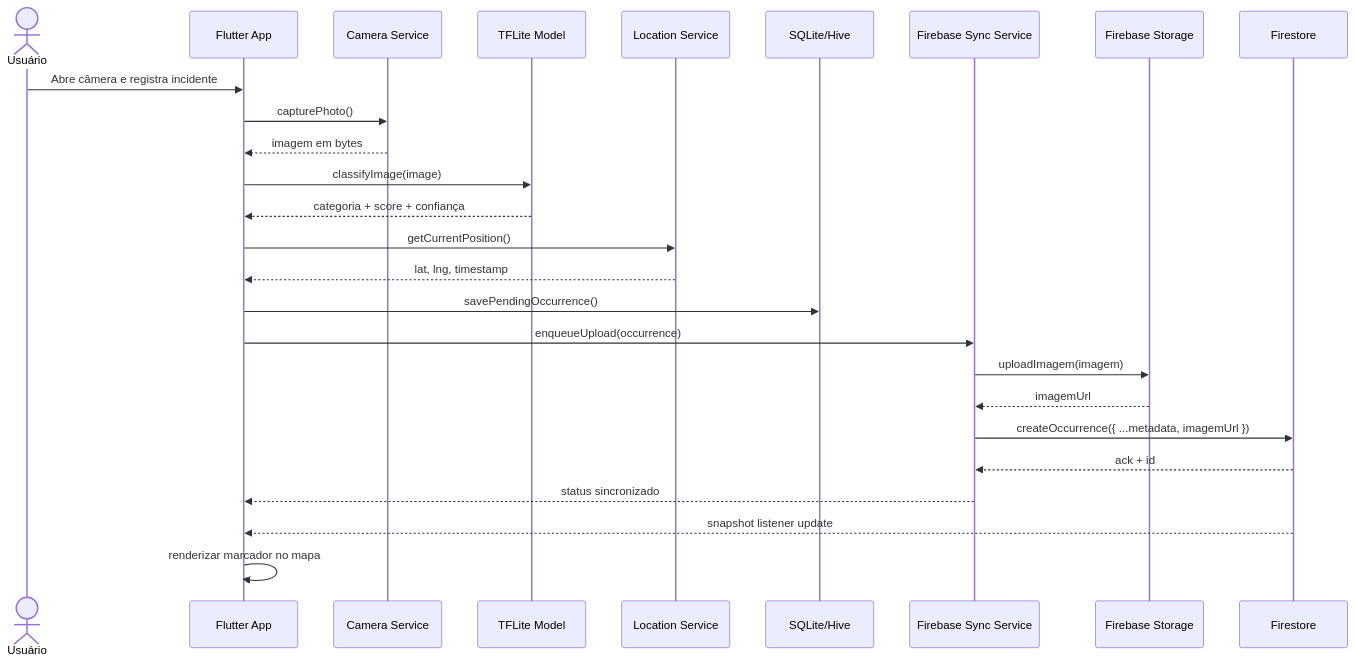
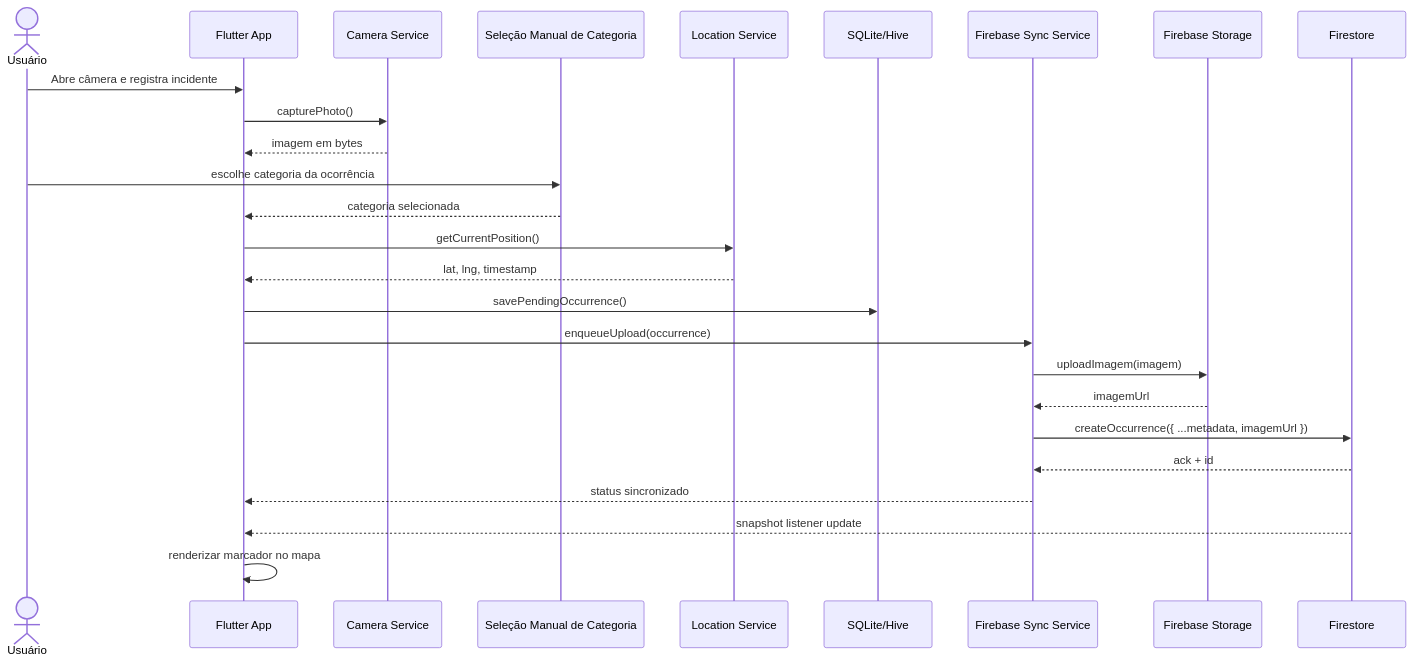
Before and after one commit to TonnyThe2nd/ambiental-app: the fourth of 8 diagrams in documentation/Documento-de-Arquitetura-de-Software-UrbanEye.md, drawn with Mermaid. The commit also changed other lines of this file and 146 other files, not shown here.

````diff
--- a/documentation/Documento-de-Arquitetura-de-Software-UrbanEye.md
+++ b/documentation/Documento-de-Arquitetura-de-Software-UrbanEye.md
@@ -206,29 +206,29 @@
 ```mermaid
 sequenceDiagram
     actor User as Usuário
     participant App as Flutter App
     participant Cam as Camera Service
-    participant ML as TFLite Model
+    participant Category as Seleção Manual de Categoria
     participant Loc as Location Service
     participant Local as SQLite/Hive
     participant Sync as Firebase Sync Service
     participant ST as Firebase Storage
     participant FS as Firestore
 
     User->>App: Abre câmera e registra incidente
     App->>Cam: capturePhoto()
     Cam-->>App: imagem em bytes
-    App->>ML: classifyImage(image)
-    ML-->>App: categoria + score + confiança
+    User->>Category: escolhe categoria da ocorrência
+    Category-->>App: categoria selecionada
     App->>Loc: getCurrentPosition()
     Loc-->>App: lat, lng, timestamp
     App->>Local: savePendingOccurrence()
     App->>Sync: enqueueUpload(occurrence)
     Sync->>ST: uploadImagem(imagem)
     ST-->>Sync: imagemUrl
     Sync->>FS: createOccurrence({ ...metadata, imagemUrl })
     FS-->>Sync: ack + id
     Sync-->>App: status sincronizado
     FS-->>App: snapshot listener update
     App->>App: renderizar marcador no mapa
 ```
````
